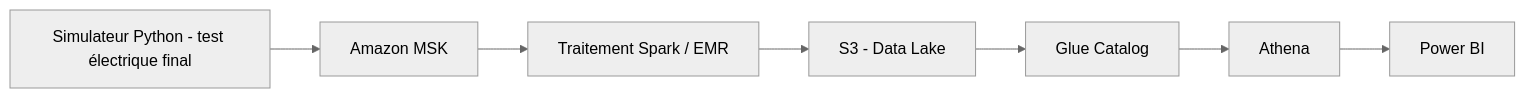
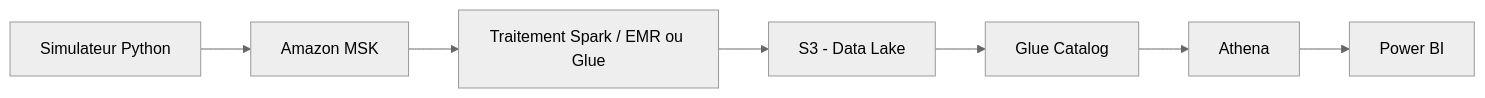
The second of 2 diagrams in README.md (thcarole1/ev-powertrain-manufacturing_analytics), drawn with Mermaid (neutral theme) before and after one commit. The commit also changed other lines of this file and 17 other files, not shown here.

````diff
--- a/README.md
+++ b/README.md
@@ -11,9 +32,9 @@
 ```mermaid
 flowchart LR
-    A[Simulateur Python - test électrique final] --> B[Amazon MSK]
-    B --> C[Traitement Spark / EMR]
+    A[Simulateur Python] --> B[Amazon MSK]
+    B --> C[Traitement Spark / EMR ou Glue]
     C --> D[S3 - Data Lake]
     D --> E[Glue Catalog]
     E --> F[Athena]
     F --> G[Power BI]
 ```
````
